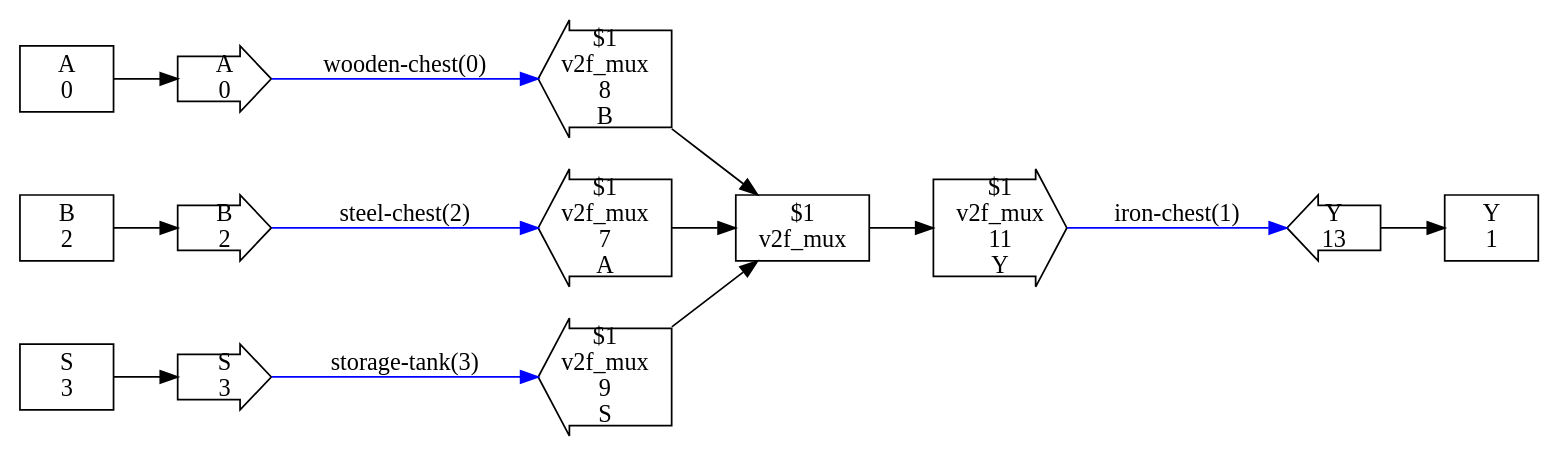
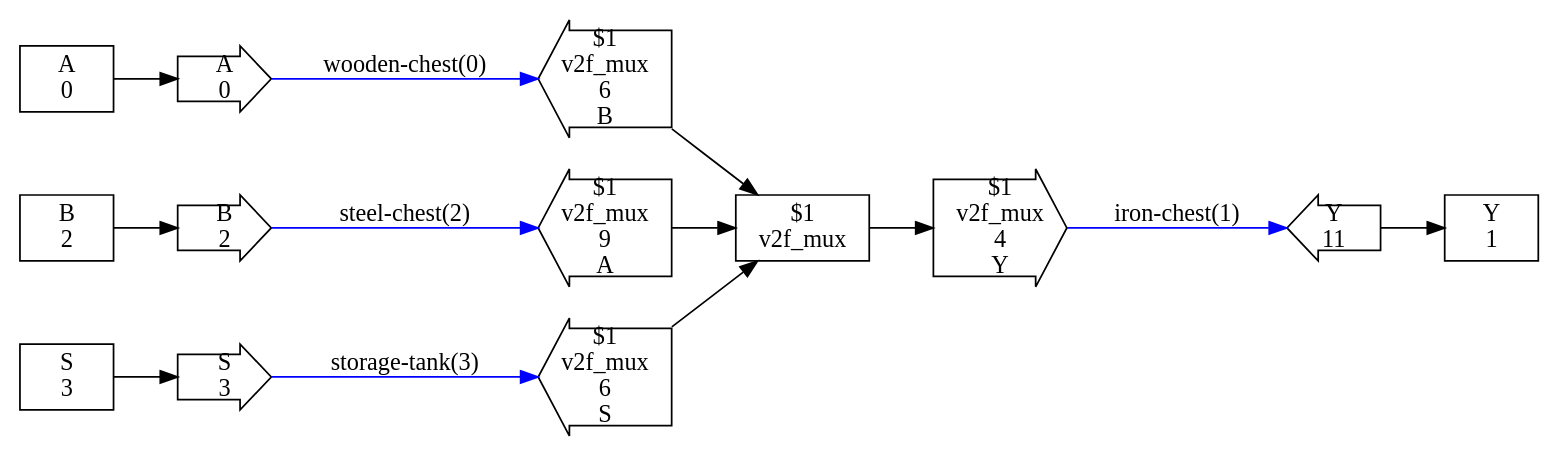
Before and after one commit to ben-j-c/verilog2factorio: the diagram in test_designs/mux_simple/checked_design.dot, drawn with Graphviz. The commit also changed 39 other files, not shown here.

```diff
--- a/test_designs/mux_simple/checked_design.dot
+++ b/test_designs/mux_simple/checked_design.dot
@@ -1,49 +1,49 @@
 digraph CheckedDesign {
   rankdir=LR
   n0[shape=box,label="A
 0"]
   n1[shape=box,label="Y
 1"]
   n2[shape=box,label="B
 2"]
   n3[shape=box,label="S
 3"]
   n4[shape=box,label="$1
 v2f_mux"]
   n5[shape=rarrow,label="A
 0"]
   n6[shape=larrow,label="Y
-13"]
+11"]
   n7[shape=rarrow,label="B
 2"]
   n8[shape=rarrow,label="S
 3"]
   n9[shape=larrow,label="$1
 v2f_mux
-7
+9
 A"]
   n10[shape=larrow,label="$1
 v2f_mux
-8
+6
 B"]
   n11[shape=larrow,label="$1
 v2f_mux
-9
+6
 S"]
   n12[shape=rarrow,label="$1
 v2f_mux
-11
+4
 Y"]
   n0 -> n5
   n2 -> n7
   n3 -> n8
   n4 -> n12
   n5 -> n10 [label="wooden-chest(0)",syle=bold,color=blue]
   n6 -> n1
   n7 -> n9 [label="steel-chest(2)",syle=bold,color=blue]
   n8 -> n11 [label="storage-tank(3)",syle=bold,color=blue]
   n9 -> n4
   n10 -> n4
   n11 -> n4
   n12 -> n6 [label="iron-chest(1)",syle=bold,color=blue]
 }
```
